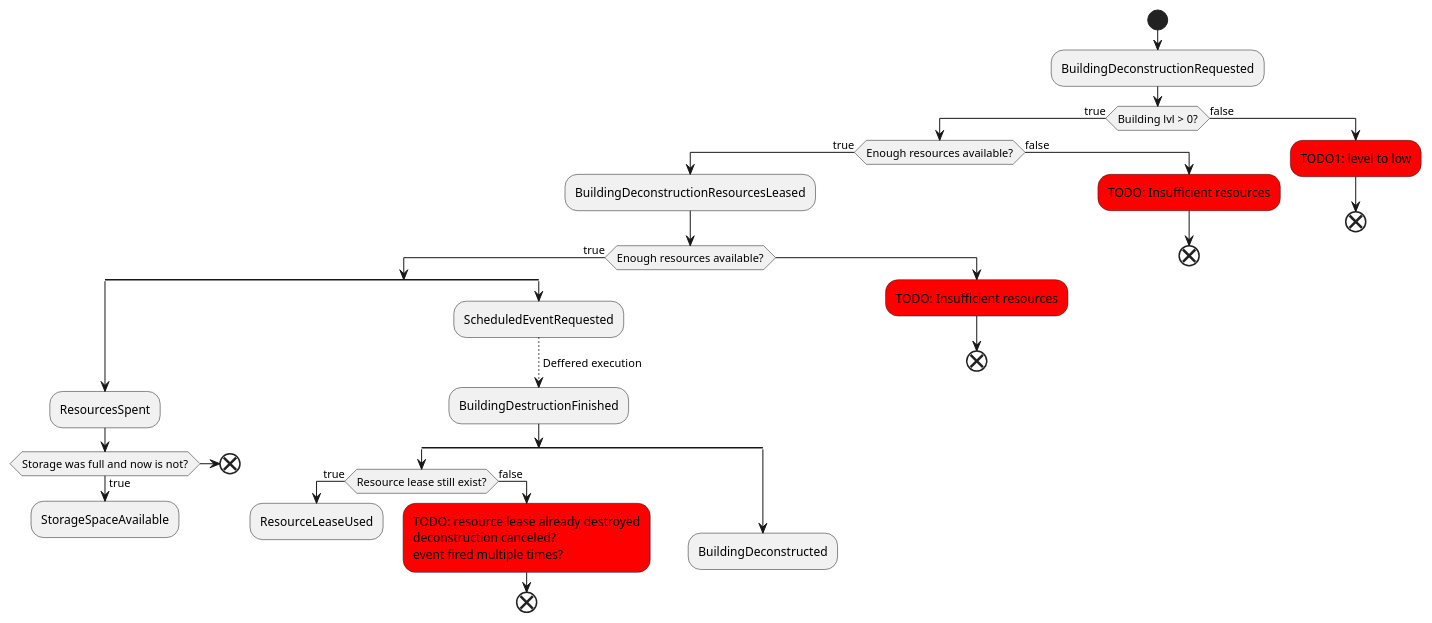
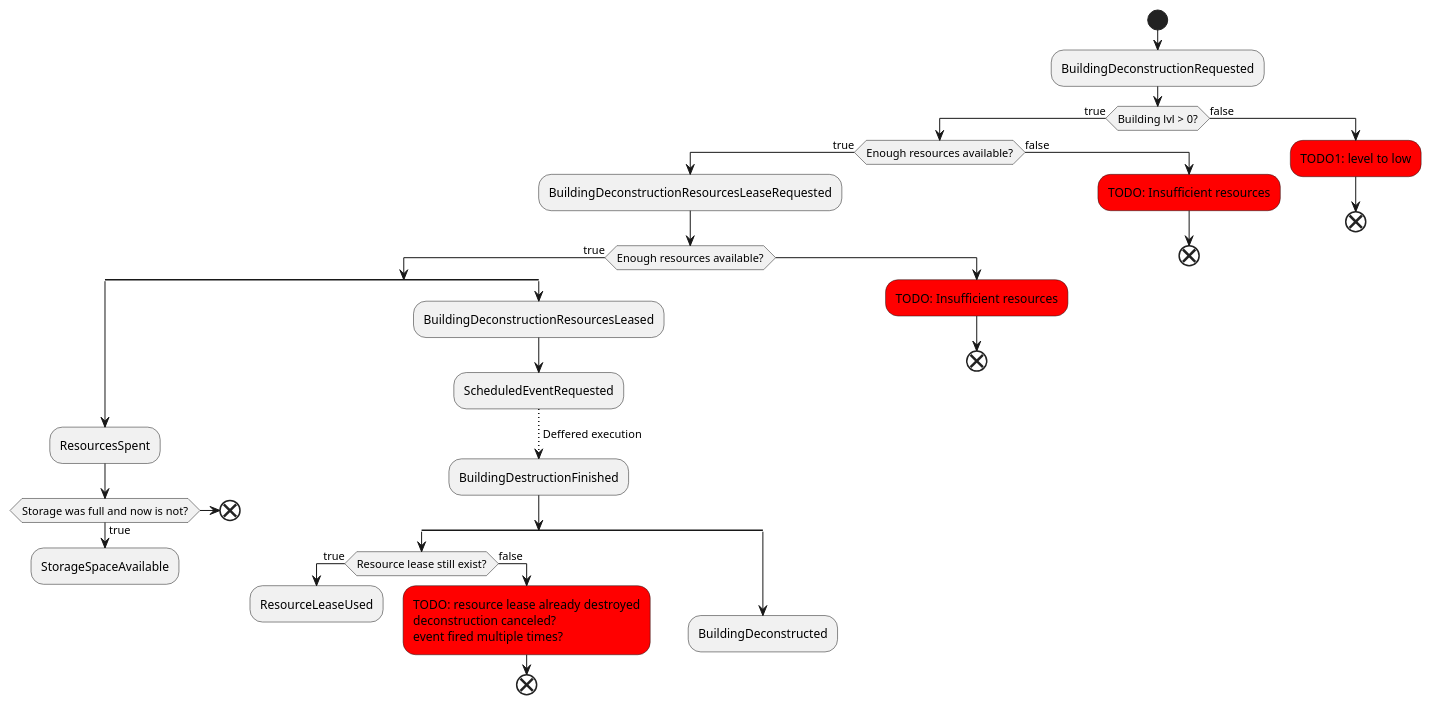
One commit to tomekbielaszewski/ogame-clone changed the diagram in docs/building-deconstruction-flow.puml. Above: the diagram before and after it, drawn with PlantUML.

Commit message:
deconstruction flow graph corrected - ResourcesLeased event was missing

```diff
--- a/docs/building-deconstruction-flow.puml
+++ b/docs/building-deconstruction-flow.puml
@@ -1,50 +1,51 @@
 @startuml
 
 start
 
 :BuildingDeconstructionRequested;
 if (Building lvl > 0?) then (true)
     if (Enough resources available?) then (true)
-        :BuildingDeconstructionResourcesLeased;
+        :BuildingDeconstructionResourcesLeaseRequested;
         if (Enough resources available?) then (true)
         split
             :ResourcesSpent;
             if(Storage was full and now is not?) then (true)
                 :StorageSpaceAvailable;
                 detach
             else
                 end
             endif
         split again
+            :BuildingDeconstructionResourcesLeased;
             :ScheduledEventRequested;
             -[dotted]-> Deffered execution;
             :BuildingDestructionFinished;
             split
                 if (Resource lease still exist?) then (true)
                     :ResourceLeaseUsed;
                     detach
                 else (false)
                     #red:TODO: resource lease already destroyed
                     deconstruction canceled?
                     event fired multiple times?;
                     end
                 endif
             split again
                 :BuildingDeconstructed;
                 detach
             end split
         end split
         else
             #red:TODO: Insufficient resources;
             end
         endif
     else (false)
         #red:TODO: Insufficient resources;
         end
     endif
 else (false)
     #red:TODO1: level to low;
     end
 endif
 
 @enduml
```
